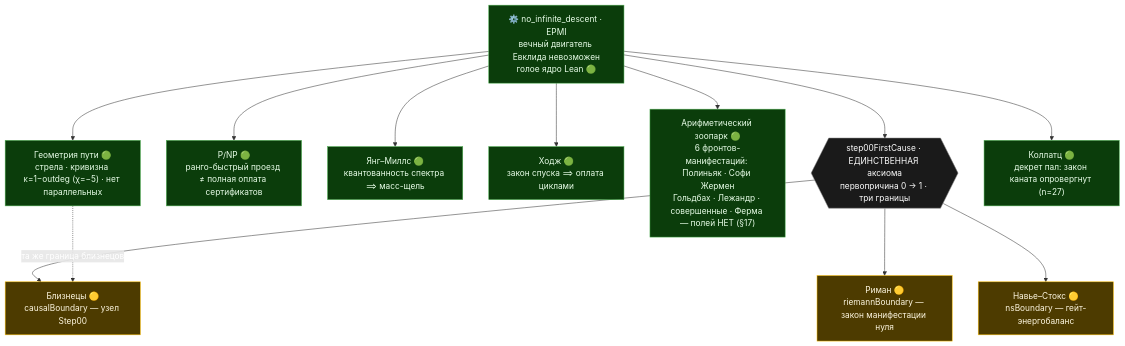
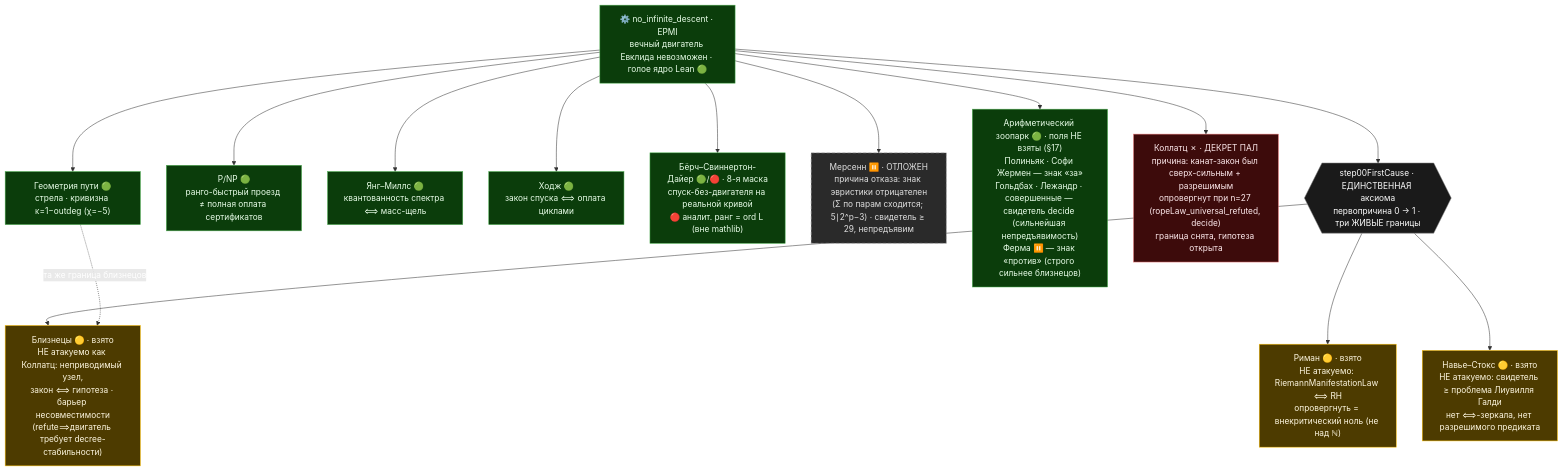
The diagram in README.ru.md (elamaunt/Euclids-path), drawn with Mermaid before and after one commit. The commit also changed other lines of this file and 1 other file, not shown here.

Commit message:
Graph: show all examined problems with honest status and reasons — taken 🟡 (why not Collatz-attackable), deferred ⏸️ (Mersenne/Fermat, heuristic sign), zoo (decide-witness), BSD 8th mask, Collatz ✗ fell (n=27)

````diff
--- a/README.ru.md
+++ b/README.ru.md
@@ -76,27 +76,34 @@
 ```mermaid
 flowchart TD
-    ROOT["⚙️ no_infinite_descent · EPMI<br/>вечный двигатель Евклида невозможен<br/>голое ядро Lean 🟢"]
+    ROOT["⚙️ no_infinite_descent · EPMI<br/>вечный двигатель Евклида невозможен · голое ядро Lean 🟢"]
 
-    ROOT --> FC{{"step00FirstCause · ЕДИНСТВЕННАЯ аксиома<br/>первопричина 0 → 1 · три границы"}}
-    FC --> TP["Близнецы 🟡<br/>causalBoundary — узел Step00"]
-    FC --> RH["Риман 🟡<br/>riemannBoundary — закон манифестации нуля"]
-    FC --> NS["Навье–Стокс 🟡<br/>nsBoundary — гейт-энергобаланс"]
+    ROOT --> FC{{"step00FirstCause · ЕДИНСТВЕННАЯ аксиома<br/>первопричина 0 → 1 · три ЖИВЫЕ границы"}}
+
+    FC --> TP["Близнецы 🟡 · взято<br/>НЕ атакуемо как Коллатц: неприводимый узел,<br/>закон ⟺ гипотеза · барьер несовместимости<br/>(refute⟹двигатель требует decree-стабильности)"]
+    FC --> RH["Риман 🟡 · взято<br/>НЕ атакуемо: RiemannManifestationLaw ⟺ RH<br/>опровергнуть = внекритический ноль (не над ℕ)"]
+    FC --> NS["Навье–Стокс 🟡 · взято<br/>НЕ атакуемо: свидетель ≥ проблема Лиувилля Галди<br/>нет ⟺-зеркала, нет разрешимого предиката"]
 
     ROOT --> PNP["P/NP 🟢<br/>ранго-быстрый проезд ≠ полная оплата сертификатов"]
-    ROOT --> YM["Янг–Миллс 🟢<br/>квантованность спектра ⟹ масс-щель"]
-    ROOT --> HC["Ходж 🟢<br/>закон спуска ⟹ оплата циклами"]
+    ROOT --> YM["Янг–Миллс 🟢<br/>квантованность спектра ⟺ масс-щель"]
+    ROOT --> HC["Ходж 🟢<br/>закон спуска ⟺ оплата циклами"]
+    ROOT --> BSD["Бёрч–Свиннертон-Дайер 🟢/🔴 · 8-я маска<br/>спуск-без-двигателя на реальной кривой<br/>🔴 аналит. ранг = ord L (вне mathlib)"]
 
-    ROOT --> ZOO["Арифметический зоопарк 🟢<br/>6 фронтов-манифестаций: Полиньяк · Софи Жермен<br/>Гольдбах · Лежандр · совершенные · Ферма — полей НЕТ (§17)"]
-    ROOT --> GEO["Геометрия пути 🟢<br/>стрела · кривизна κ=1−outdeg (χ=−5) · нет параллельных"]
+    ROOT --> MP["Мерсенн ⏸️ · ОТЛОЖЕН<br/>причина отказа: знак эвристики отрицателен<br/>(Σ по парам сходится; 5∣2^p−3) · свидетель ≥ 29, непредъявим"]
+    ROOT --> ZOO["Арифметический зоопарк 🟢 · поля НЕ взяты (§17)<br/>Полиньяк · Софи Жермен — знак «за»<br/>Гольдбах · Лежандр · совершенные — свидетель decide (сильнейшая непредъявимость)<br/>Ферма ⏸️ — знак «против» (строго сильнее близнецов)"]
+
+    ROOT --> CL["Коллатц ✗ · ДЕКРЕТ ПАЛ<br/>причина: канат-закон был сверх-сильным + разрешимым<br/>опровергнут при n=27 (ropeLaw_universal_refuted, decide)<br/>граница снята, гипотеза открыта"]
+
+    ROOT --> GEO["Геометрия пути 🟢<br/>стрела · кривизна κ=1−outdeg (χ=−5)"]
     GEO -. та же граница близнецов .-> TP
-
-    ROOT --> CL["Коллатц 🟢<br/>декрет пал: закон каната опровергнут (n=27)"]
 
     classDef green fill:#0b3d0b,stroke:#4caf50,color:#eaffea;
     classDef yellow fill:#4d3b00,stroke:#ffc107,color:#fff8e1;
+    classDef deferred fill:#2a2a2a,stroke:#9e9e9e,color:#e0e0e0,stroke-dasharray: 6 4;
+    classDef fallen fill:#3d0b0b,stroke:#e57373,color:#ffebee;
     classDef root fill:#1a1a1a,stroke:#888,color:#ffffff;
-    class ROOT,PNP,YM,HC,ZOO,GEO green;
+    class ROOT,PNP,YM,HC,BSD,ZOO,GEO green;
     class TP,RH,NS yellow;
-    class CL green;
+    class MP deferred;
+    class CL fallen;
     class FC root;
 ```
````
